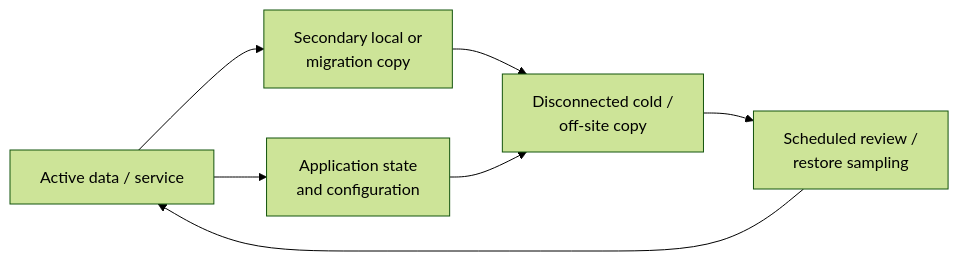
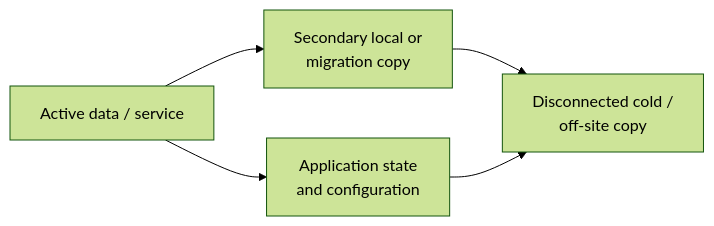
The diagram in docs/backup-and-recovery.md (valentinojosh/systems-lab), drawn with Mermaid (forest theme) before and after one commit. The commit also changed other lines of this file and 10 other files, not shown here.

````diff
--- a/docs/backup-and-recovery.md
+++ b/docs/backup-and-recovery.md
@@ -7,9 +7,7 @@
 ```mermaid
 flowchart LR
     Active["Active data / service"] --> Local["Secondary local or<br/>migration copy"]
     Active --> App["Application state<br/>and configuration"]
     Local --> Cold["Disconnected cold /<br/>off-site copy"]
     App --> Cold
-    Cold --> Verify["Scheduled review /<br/>restore sampling"]
-    Verify --> Active
 ```
````
